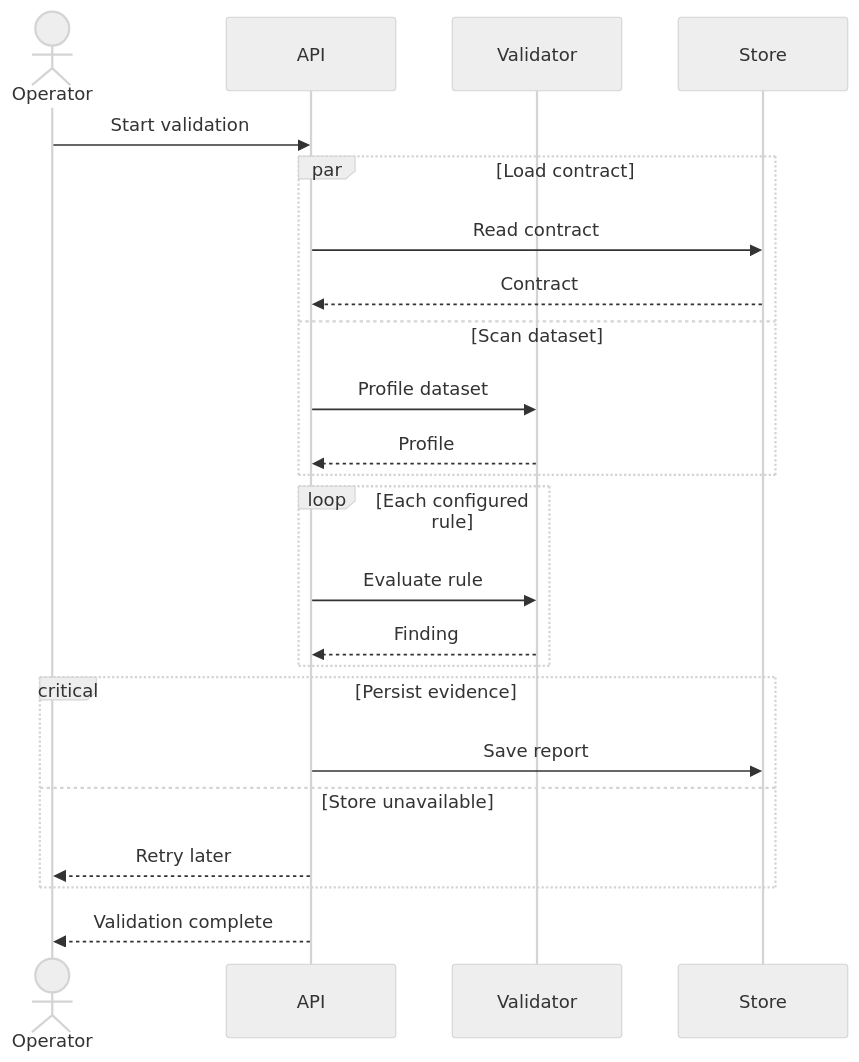
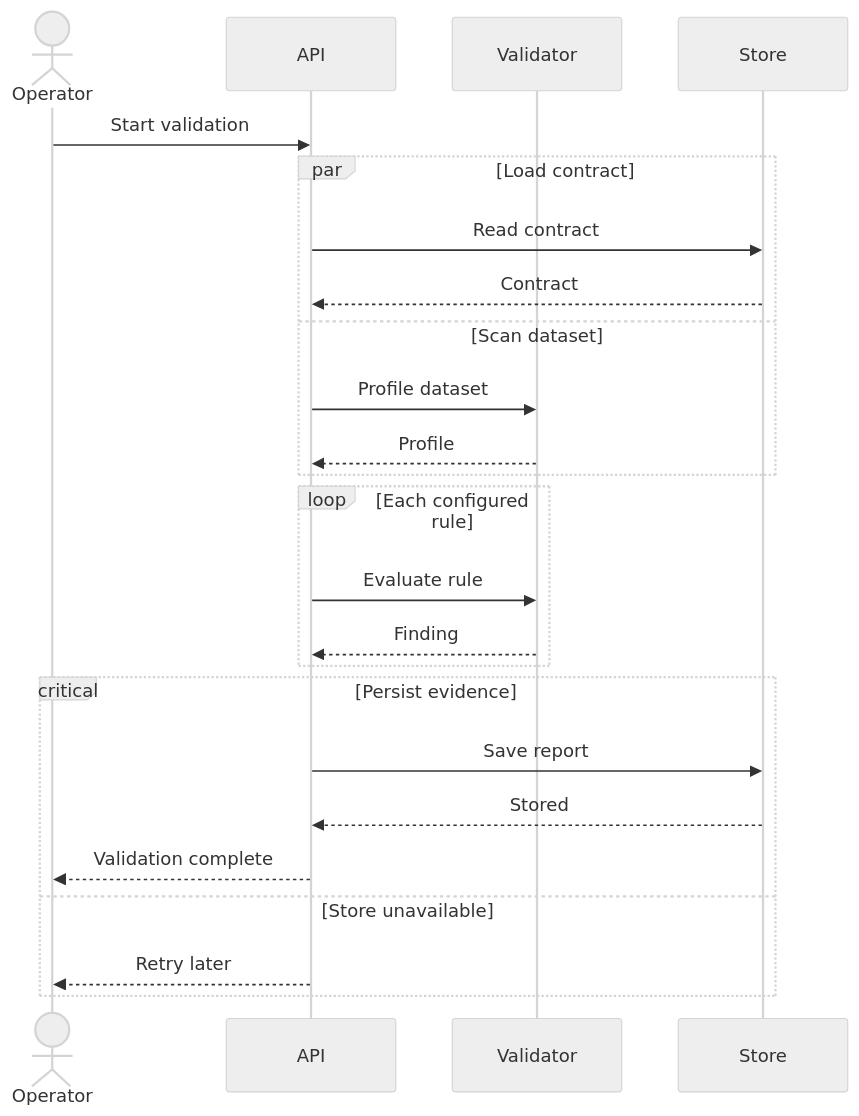
The second of 4 diagrams in src/rulesync/.rulesync/skills/mols-mermaid-diagram/references/examples/sequence-diagram.md (mols3131d/mols-agent-assets), drawn with Mermaid (neutral theme) before and after one commit.

Commit message:
docs(mermaid): fix sequence critical example semantics

````diff
--- a/src/rulesync/.rulesync/skills/mols-mermaid-diagram/references/examples/sequence-diagram.md
+++ b/src/rulesync/.rulesync/skills/mols-mermaid-diagram/references/examples/sequence-diagram.md
@@ -45,29 +45,29 @@
 ```mermaid
 sequenceDiagram
     actor Operator
     participant API
     participant Validator
     participant Store
 
     Operator->>API: Start validation
     par Load contract
         API->>Store: Read contract
         Store-->>API: Contract
     and Scan dataset
         API->>Validator: Profile dataset
         Validator-->>API: Profile
     end
 
     loop Each configured rule
         API->>Validator: Evaluate rule
         Validator-->>API: Finding
     end
 
     critical Persist evidence
         API->>Store: Save report
+        Store-->>API: Stored
+        API-->>Operator: Validation complete
     option Store unavailable
         API-->>Operator: Retry later
     end
-
-    API-->>Operator: Validation complete
 ```
````
